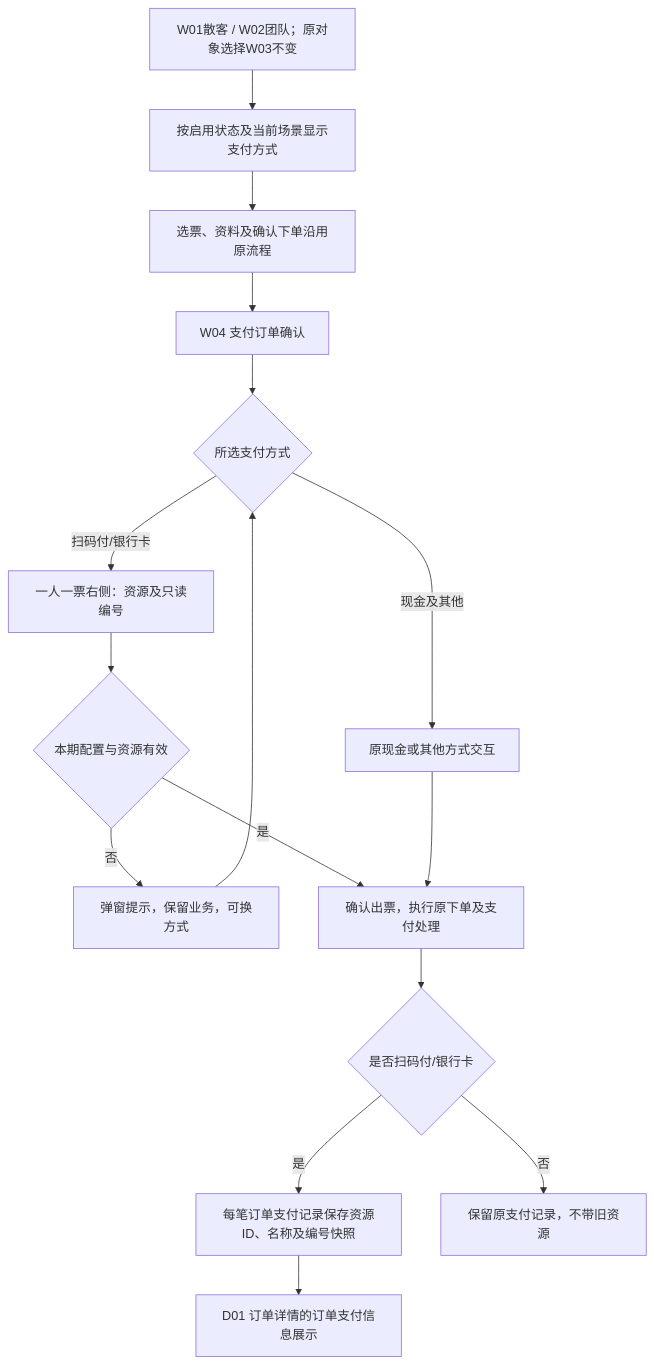
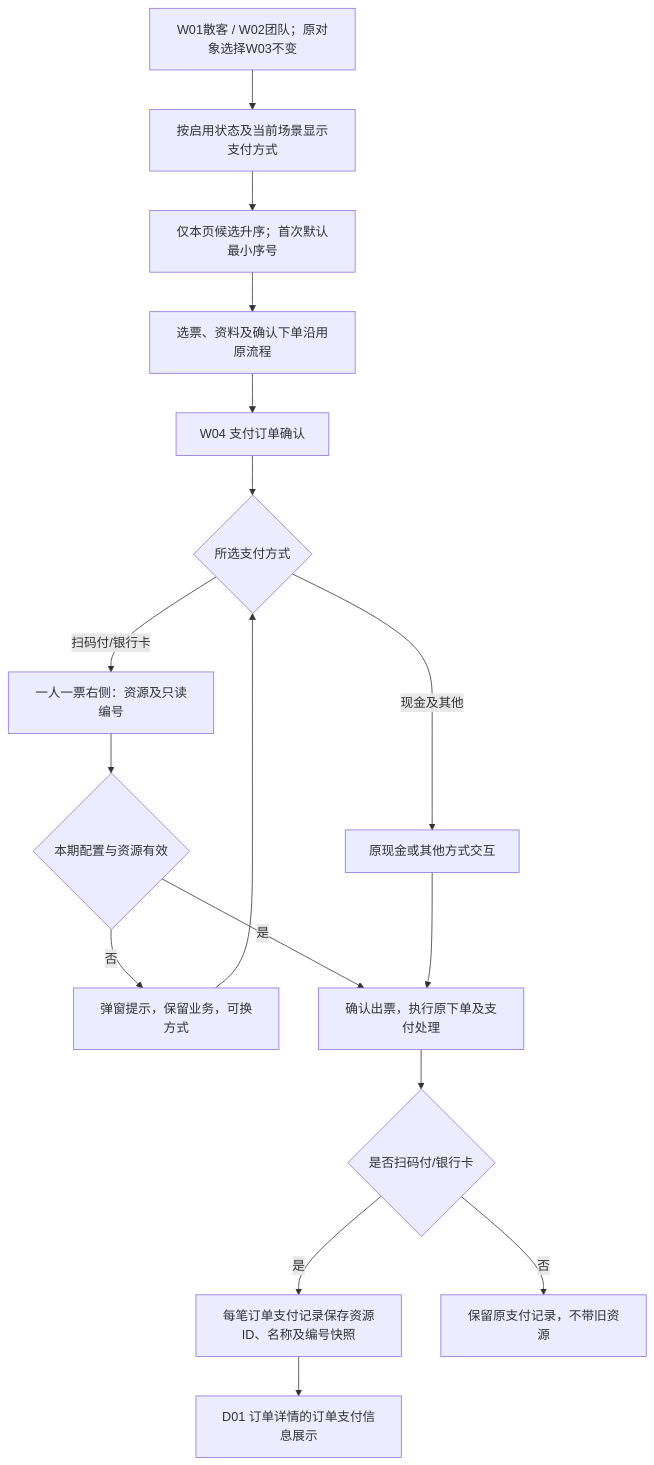
Before and after one commit to susantung/yanuoda: the fifth of 12 diagrams in dev-test-versions/2026-v3.6-payment-configuration-20261019/02-全程流程图.md, drawn with Mermaid. The commit also changed other lines of this file and 33 other files, not shown here.

````diff
--- a/dev-test-versions/2026-v3.6-payment-configuration-20261019/02-全程流程图.md
+++ b/dev-test-versions/2026-v3.6-payment-configuration-20261019/02-全程流程图.md
@@ -132,18 +149,19 @@
 ```mermaid
 flowchart TB
   SCENE[W01散客 / W02团队；原对象选择W03不变] --> FILTER[按启用状态及当前场景显示支付方式]
-  FILTER --> ORIGINAL[选票、资料及确认下单沿用原流程]
+  FILTER --> SORT[仅本页候选升序；首次默认最小序号]
+  SORT --> ORIGINAL[选票、资料及确认下单沿用原流程]
   ORIGINAL --> W04[W04 支付订单确认]
   W04 --> WAY{所选支付方式}
   WAY -->|扫码付/银行卡| RESOURCE[一人一票右侧：资源及只读编号]
   WAY -->|现金及其他| KEEP[原现金或其他方式交互]
   RESOURCE --> CHECK{本期配置与资源有效}
   CHECK -->|否| ERROR[弹窗提示，保留业务，可换方式]
   ERROR --> WAY
   CHECK -->|是| SUBMIT[确认出票，执行原下单及支付处理]
   KEEP --> SUBMIT
   SUBMIT --> RECORD{是否扫码付/银行卡}
   RECORD -->|是| SNAP[每笔订单支付记录保存资源ID、名称及编号快照]
   RECORD -->|否| OLD[保留原支付记录，不带旧资源]
   SNAP --> D01[D01 订单详情的订单支付信息展示]
 ```
````
